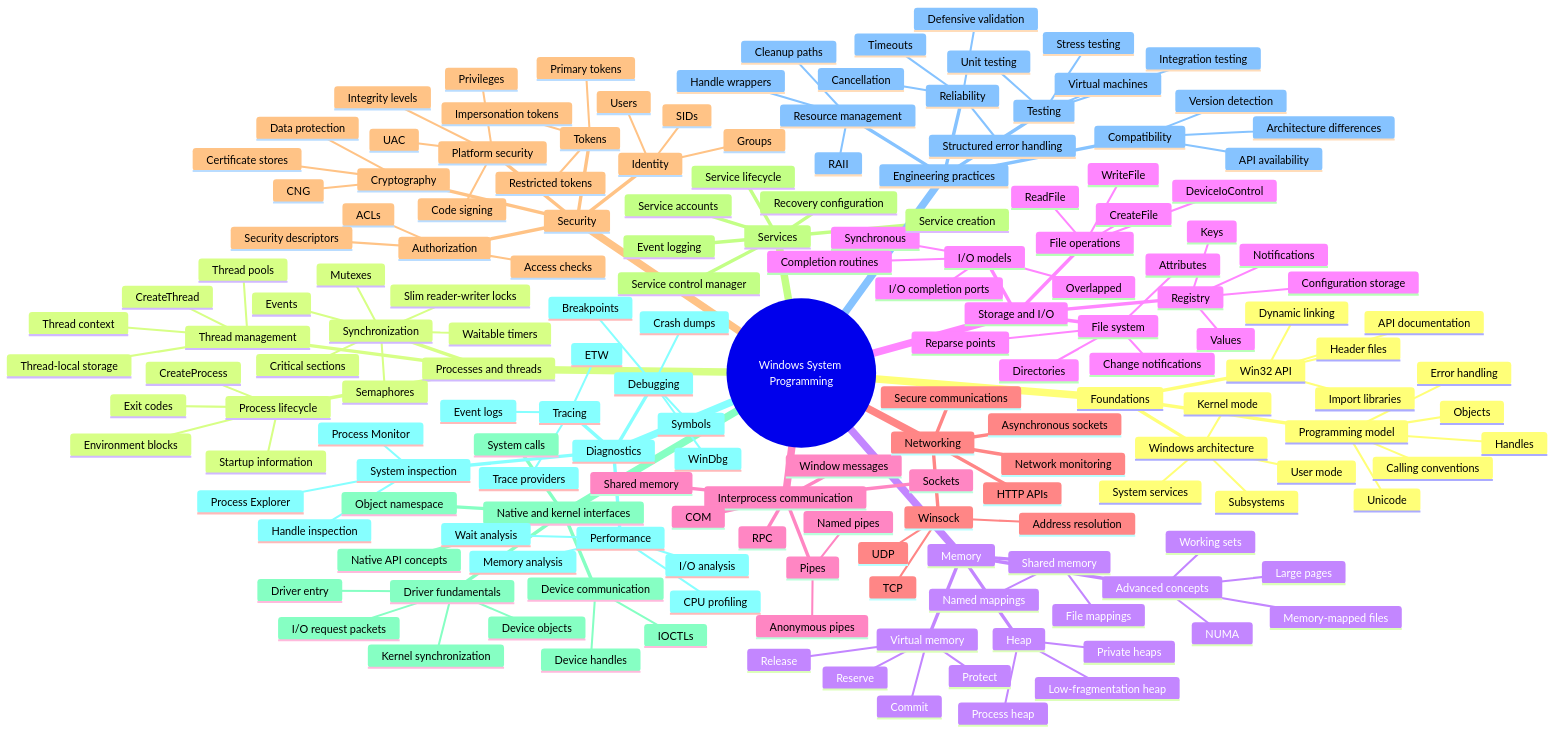
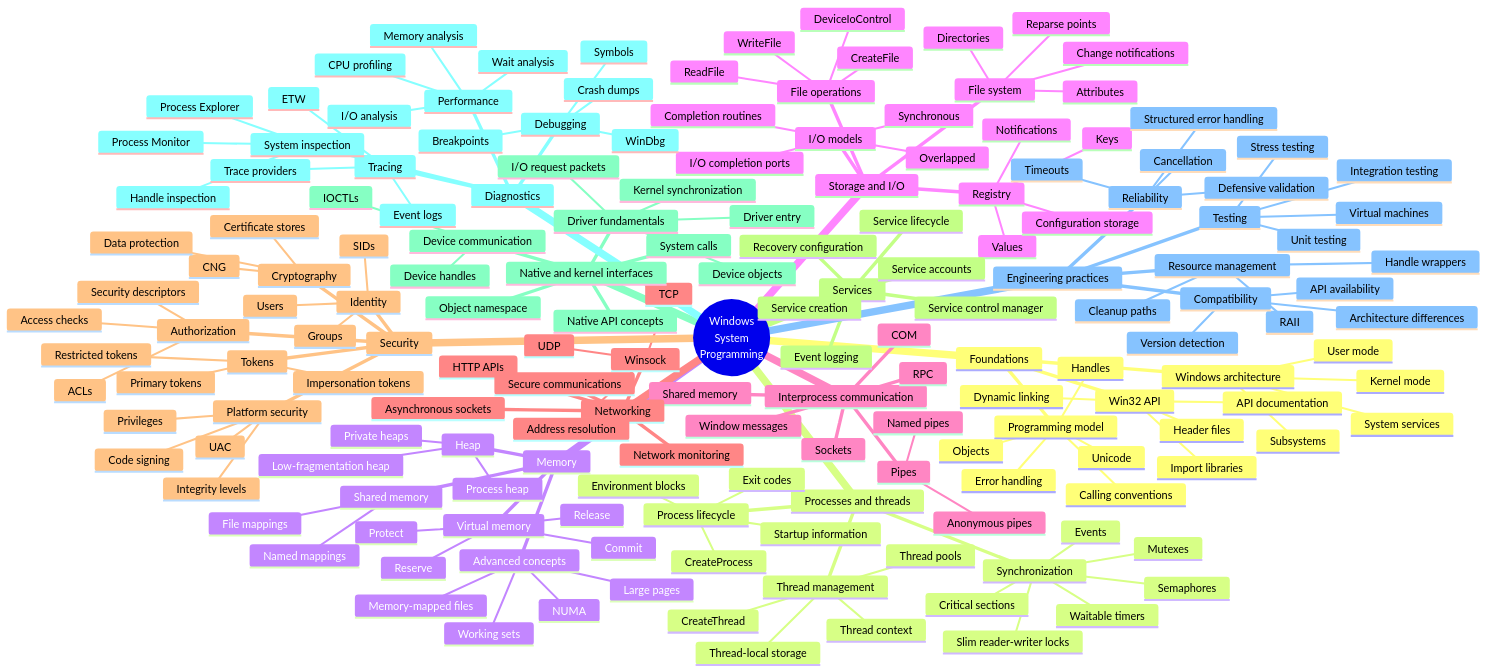
Before and after one commit to cybersecurity-dev/windows-system-programming-toolkit: the diagram in README.md, drawn with Mermaid. The commit also changed other lines of this file, not shown here.

Commit message:
++added flowchart

````diff
--- a/README.md
+++ b/README.md
@@ -8,6 +8,6 @@
 ```mermaid
 mindmap
-  root((Windows System Programming))
+  root((Windows<br/>System<br/>Programming))
     Foundations
       Windows architecture
         User mode
````
